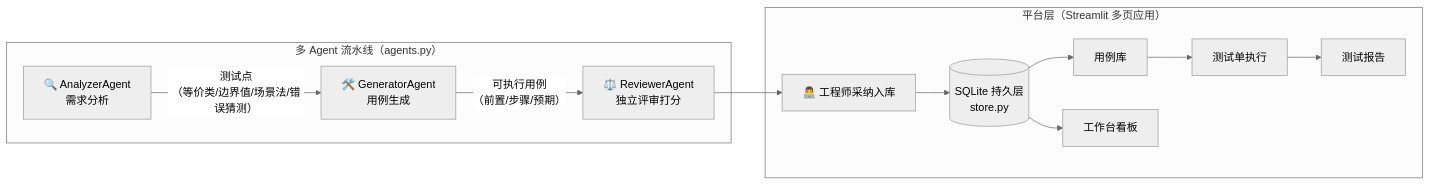
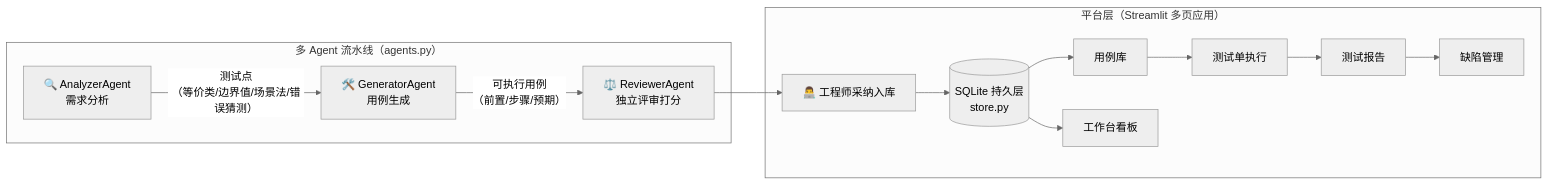
Before and after one commit to shian555/testcase-agent: the diagram in README.md, drawn with Mermaid (neutral theme). The commit also changed other lines of this file and 19 other files, not shown here.

````diff
--- a/README.md
+++ b/README.md
@@ -50,13 +52,13 @@
 ```mermaid
 flowchart LR
     subgraph Agents["多 Agent 流水线（agents.py）"]
         A["🔍 AnalyzerAgent<br/>需求分析"] -- "测试点<br/>（等价类/边界值/场景法/错误猜测）" --> G["🛠️ GeneratorAgent<br/>用例生成"]
         G -- "可执行用例<br/>（前置/步骤/预期）" --> R["⚖️ ReviewerAgent<br/>独立评审打分"]
     end
     subgraph Platform["平台层（Streamlit 多页应用）"]
         U["👨‍💻 工程师采纳入库"] --> DB[("SQLite 持久层<br/>store.py")]
-        DB --> LIB["用例库"] --> RUN["测试单执行"] --> REP["测试报告"]
+        DB --> LIB["用例库"] --> RUN["测试单执行"] --> REP["测试报告"] --> BUG["缺陷管理"]
         DB --> DASH["工作台看板"]
     end
     R --> U
 ```
````
